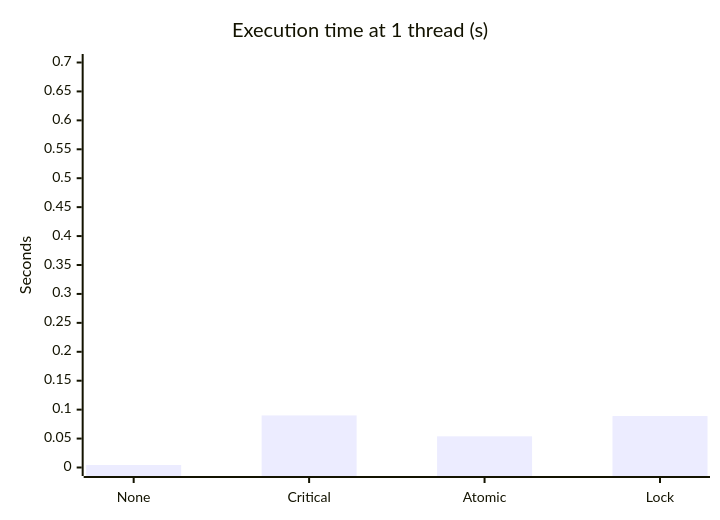
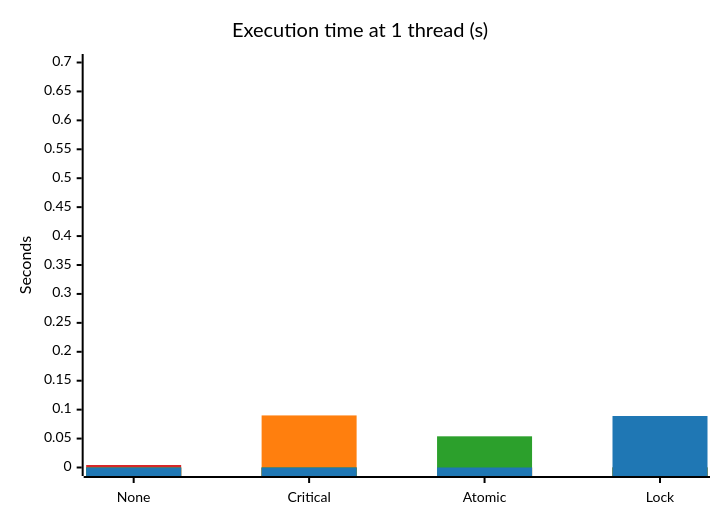
One commit to chaitanya-m5/parallel-sync-mechanisms changed the first of 5 diagrams in README.md. Above: the diagram before and after it, drawn with Mermaid. The commit also changed other lines of this file, not shown here.

````diff
--- a/README.md
+++ b/README.md
@@ -178,7 +178,11 @@
 ```mermaid
+%%{init: {"theme":"base","themeVariables":{"xyChart":{"backgroundColor":"#ffffff","titleColor":"#000000","xAxisLabelColor":"#000000","xAxisTitleColor":"#000000","xAxisTickColor":"#000000","xAxisLineColor":"#000000","yAxisLabelColor":"#000000","yAxisTitleColor":"#000000","yAxisTickColor":"#000000","yAxisLineColor":"#000000","plotColorPalette":"#d62728, #ff7f0e, #2ca02c, #1f77b4"}}}}%%
 xychart-beta
     title "Execution time at 1 thread (s)"
     x-axis [None, Critical, Atomic, Lock]
     y-axis "Seconds" 0 --> 0.7
-    bar [0.0043, 0.0900, 0.0539, 0.0890]
+    bar [0.0043, 0, 0, 0]
+    bar [0, 0.0900, 0, 0]
+    bar [0, 0, 0.0539, 0]
+    bar [0, 0, 0, 0.0890]
 ```
````
